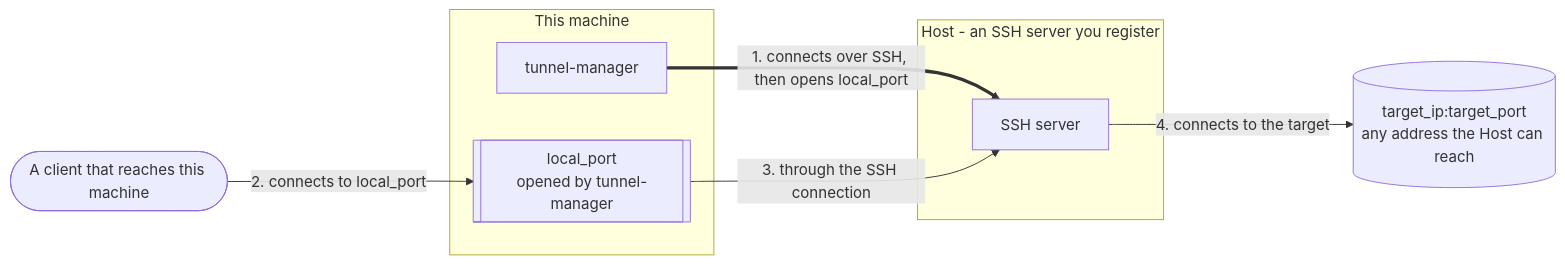
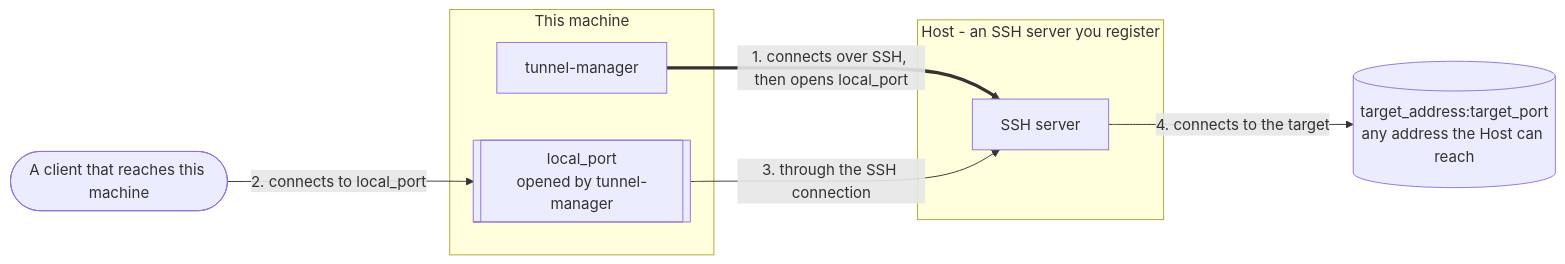
Before and after one commit to jollaman999/tunnel-manager: the second of 2 diagrams in README.md, drawn with Mermaid. The commit also changed other lines of this file and 21 other files, not shown here.

````diff
--- a/README.md
+++ b/README.md
@@ -44,17 +44,17 @@
 ```mermaid
 flowchart LR
     client([A client that reaches this machine])
     subgraph here [This machine]
         port[["local_port<br/>opened by tunnel-manager"]]
         tm[tunnel-manager]
     end
     subgraph host [Host - an SSH server you register]
         sshd[SSH server]
     end
-    target[("target_ip:target_port<br/>any address the Host can reach")]
+    target[("target_address:target_port<br/>any address the Host can reach")]
 
     tm ==>|"1. connects over SSH, then opens local_port"| sshd
     client -->|"2. connects to local_port"| port
     port -->|"3. through the SSH connection"| sshd
     sshd -->|"4. connects to the target"| target
 ```
````
